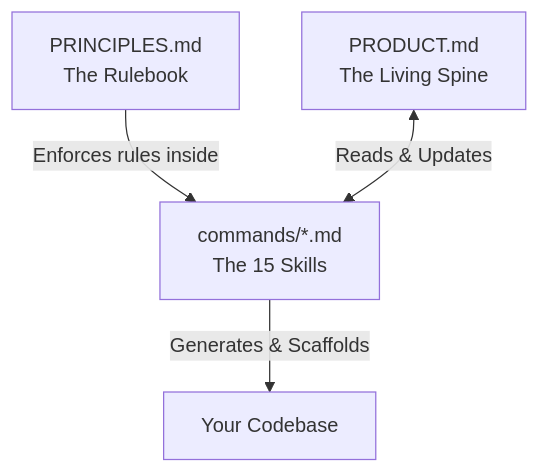
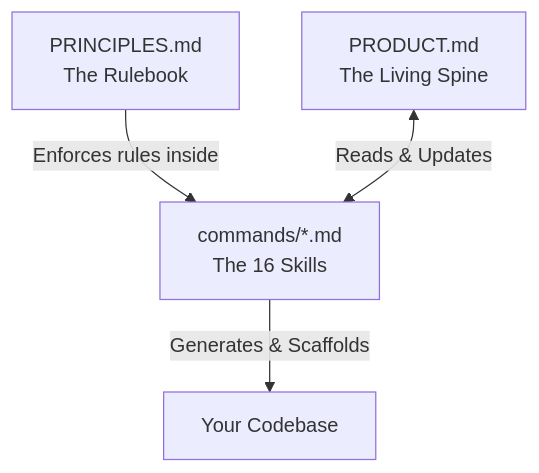
The diagram in README.md (kish21/product-playbook), drawn with Mermaid before and after one commit. The commit also changed other lines of this file and 19 other files, not shown here.

````diff
--- a/README.md
+++ b/README.md
@@ -40,6 +40,6 @@
 ```mermaid
 graph TD
-    A["PRINCIPLES.md<br/>The Rulebook"] -->|Enforces rules inside| C["commands/*.md<br/>The 15 Skills"]
+    A["PRINCIPLES.md<br/>The Rulebook"] -->|Enforces rules inside| C["commands/*.md<br/>The 16 Skills"]
     B["PRODUCT.md<br/>The Living Spine"] <-->|Reads & Updates| C
     C -->|Generates & Scaffolds| D["Your Codebase"]
 ```
````
